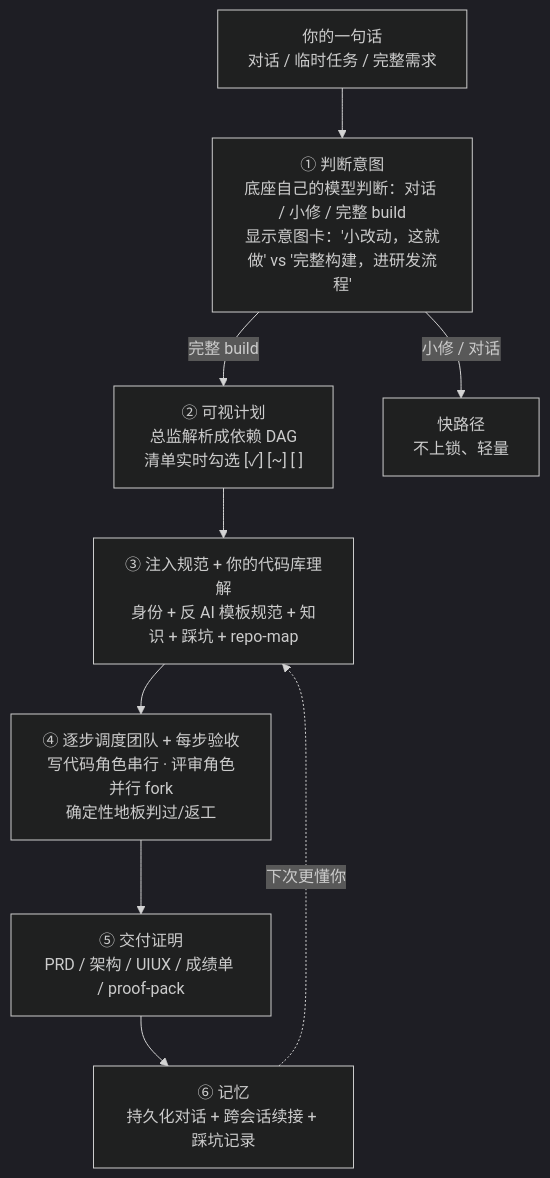
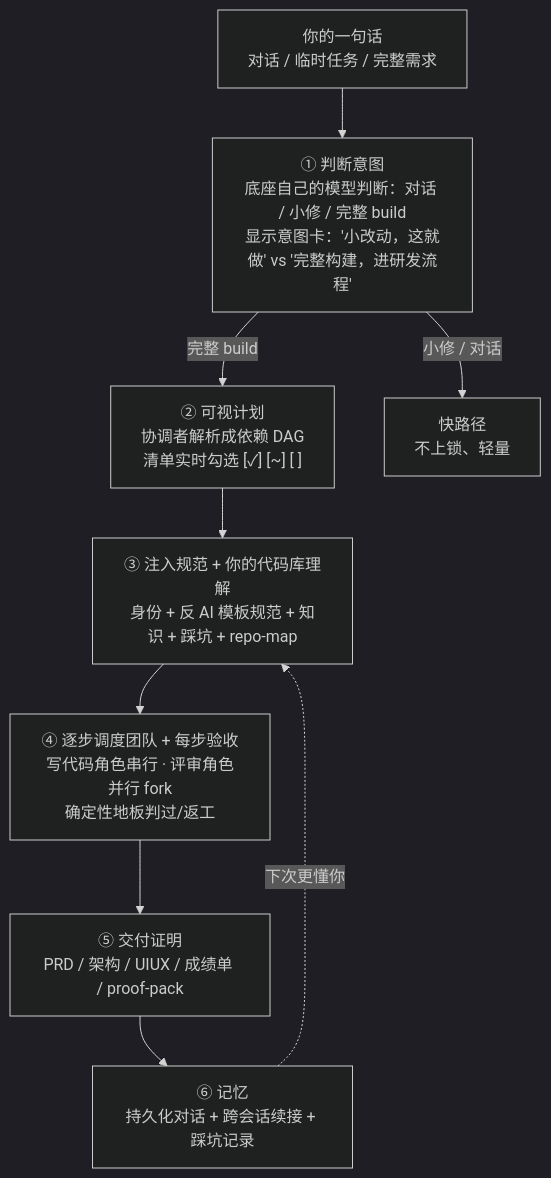
The second of 8 diagrams in README.zh-CN.md (vincentke1117/umadev), drawn with Mermaid (dark theme) before and after one commit. The commit also changed other lines of this file and 3 other files, not shown here.

````diff
--- a/README.zh-CN.md
+++ b/README.zh-CN.md
@@ -224,11 +225,11 @@
 ```mermaid
 flowchart TB
     In["你的一句话<br/>对话 / 临时任务 / 完整需求"] --> Router["① 判断意图<br/>底座自己的模型判断：对话 / 小修 / 完整 build<br/>显示意图卡：'小改动，这就做' vs '完整构建，进研发流程'"]
-    Router -->|"完整 build"| Plan["② 可视计划<br/>总监解析成依赖 DAG<br/>清单实时勾选 [✓] [~] [ ]"]
+    Router -->|"完整 build"| Plan["② 可视计划<br/>协调者解析成依赖 DAG<br/>清单实时勾选 [✓] [~] [ ]"]
     Router -->|"小修 / 对话"| Fast["快路径<br/>不上锁、轻量"]
     Plan --> Firmware["③ 注入规范 + 你的代码库理解<br/>身份 + 反 AI 模板规范 + 知识 + 踩坑 + repo-map"]
     Firmware --> Sched["④ 逐步调度团队 + 每步验收<br/>写代码角色串行 · 评审角色并行 fork<br/>确定性地板判过/返工"]
     Sched --> Final["⑤ 交付证明<br/>PRD / 架构 / UIUX / 成绩单 / proof-pack"]
     Final --> Mem["⑥ 记忆<br/>持久化对话 + 跨会话续接 + 踩坑记录"]
     Mem -.->|"下次更懂你"| Firmware
 ```
````
